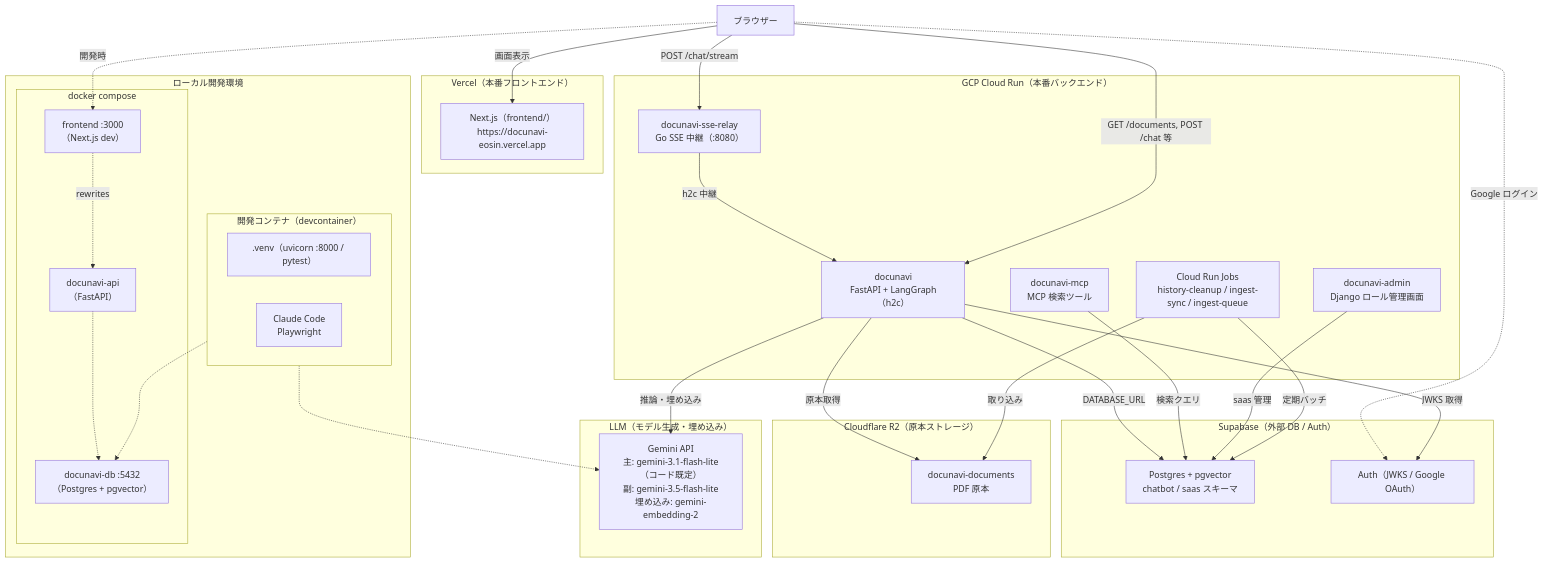
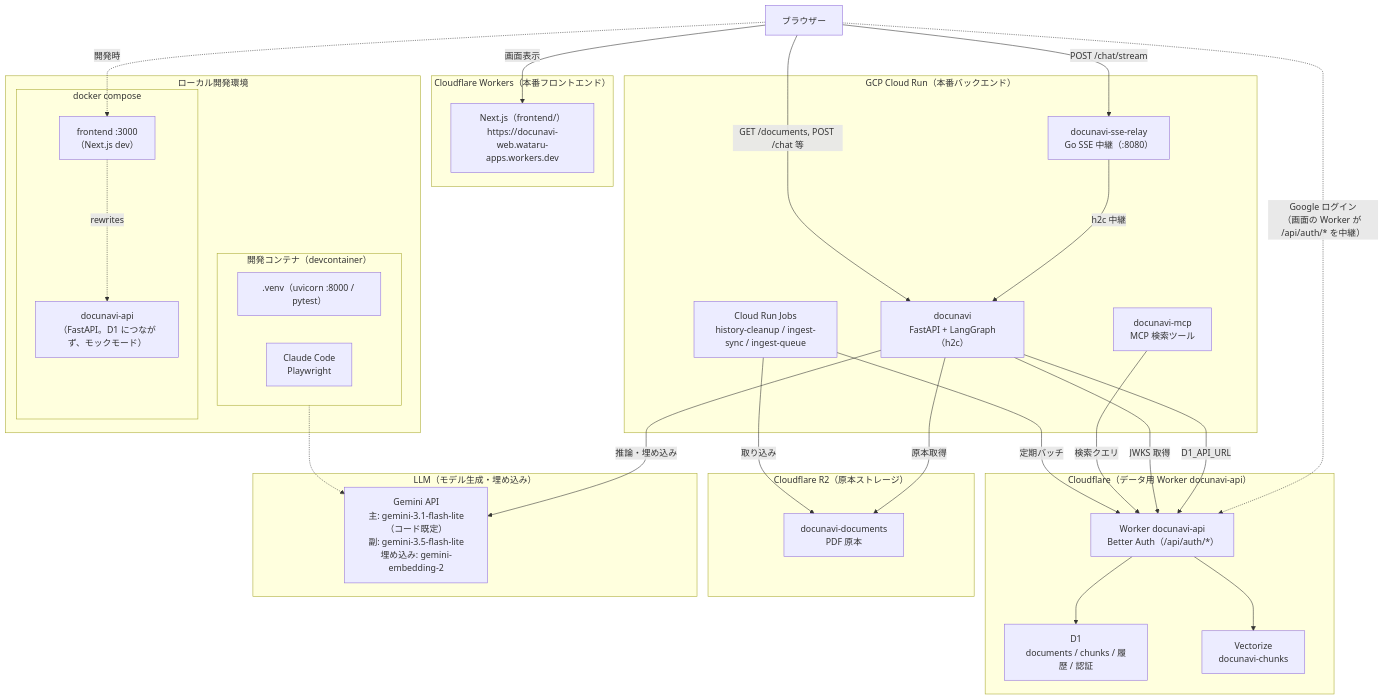
Before and after one commit to Starlight-Tree/DocuNavi: the second of 3 diagrams in docs/architecture.md, drawn with Mermaid. The commit also changed other lines of this file and 150 other files, not shown here.

First line of the commit message:
chore: retire Vercel, Supabase and the Django admin after the Cloudflare move

````diff
--- a/docs/architecture.md
+++ b/docs/architecture.md
@@ -58,65 +59,63 @@
 ```mermaid
 flowchart TB
     browser["ブラウザー"]
 
-    subgraph vercel["Vercel（本番フロントエンド）"]
-        frontend["Next.js（frontend/）<br/>https://docunavi-eosin.vercel.app"]
+    subgraph cfweb["Cloudflare Workers（本番フロントエンド）"]
+        frontend["Next.js（frontend/）<br/>https://docunavi-web.wataru-apps.workers.dev"]
     end
 
     subgraph gcp["GCP Cloud Run（本番バックエンド）"]
         sserelay["docunavi-sse-relay<br/>Go SSE 中継（:8080）"]
         api_prod["docunavi<br/>FastAPI + LangGraph（h2c）"]
         mcp["docunavi-mcp<br/>MCP 検索ツール"]
-        admin["docunavi-admin<br/>Django ロール管理画面"]
         jobs["Cloud Run Jobs<br/>history-cleanup / ingest-sync / ingest-queue"]
     end
 
     subgraph host["ローカル開発環境"]
         subgraph compose["docker compose"]
             c_front["frontend :3000<br/>（Next.js dev）"]
-            c_api["docunavi-api<br/>（FastAPI）"]
-            c_db["docunavi-db :5432<br/>（Postgres + pgvector）"]
+            c_api["docunavi-api<br/>（FastAPI。D1 につながず、モックモード）"]
         end
         subgraph devc["開発コンテナ（devcontainer）"]
             venv[".venv（uvicorn :8000 / pytest）"]
             dev_tools["Claude Code<br/>Playwright"]
         end
     end
 
-    subgraph supabase["Supabase（外部 DB / Auth）"]
-        pg["Postgres + pgvector<br/>chatbot / saas スキーマ"]
-        auth["Auth（JWKS / Google OAuth）"]
+    subgraph cfdata["Cloudflare（データ用 Worker docunavi-api）"]
+        dataworker["Worker docunavi-api<br/>Better Auth（/api/auth/*）"]
+        d1["D1<br/>documents / chunks / 履歴 / 認証"]
+        vectorize["Vectorize<br/>docunavi-chunks"]
     end
 
     subgraph cloudflare["Cloudflare R2（原本ストレージ）"]
         r2["docunavi-documents<br/>PDF 原本"]
     end
 
     subgraph llm["LLM（モデル生成・埋め込み）"]
         gemini["Gemini API<br/>主: gemini-3.1-flash-lite（コード既定）<br/>副: gemini-3.5-flash-lite<br/>埋め込み: gemini-embedding-2"]
     end
 
     %% 本番の通信経路
     browser -->|画面表示| frontend
     browser -->|POST /chat/stream| sserelay
     sserelay -->|h2c 中継| api_prod
     browser -->|GET /documents, POST /chat 等| api_prod
-    browser -.->|Google ログイン| auth
+    browser -.->|Google ログイン<br/>（画面の Worker が /api/auth/* を中継）| dataworker
 
-    api_prod -->|DATABASE_URL| pg
-    api_prod -->|JWKS 取得| auth
+    api_prod -->|D1_API_URL| dataworker
+    api_prod -->|JWKS 取得| dataworker
     api_prod -->|原本取得| r2
     api_prod -->|推論・埋め込み| gemini
 
-    mcp -->|検索クエリ| pg
-    admin -->|saas 管理| pg
-    jobs -->|定期バッチ| pg
+    dataworker --> d1
+    dataworker --> vectorize
+    mcp -->|検索クエリ| dataworker
+    jobs -->|定期バッチ| dataworker
     jobs -->|取り込み| r2
 
     %% 開発時の通信経路
     browser -.->|開発時| c_front
     c_front -.->|rewrites| c_api
-    c_api -.-> c_db
-    devc -.-> c_db
     devc -.-> gemini
 ```
````
